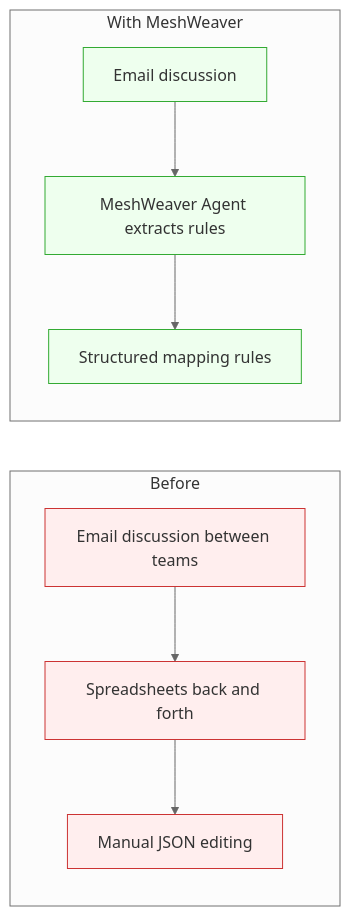
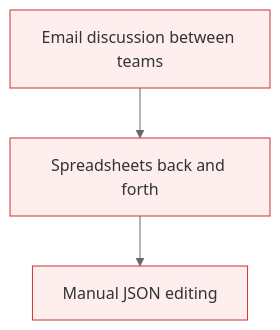
One commit to Systemorph/MeshWeaver changed the first of 4 diagrams in samples/Graph/Data/FutuRe/LobMapping.md. Above: the diagram before and after it, drawn with Mermaid (neutral theme). The commit also changed other lines of this file and 31 other files, not shown here.

````diff
--- a/samples/Graph/Data/FutuRe/LobMapping.md
+++ b/samples/Graph/Data/FutuRe/LobMapping.md
@@ -23,22 +26,11 @@
 ```mermaid
-graph LR
-    subgraph Before
-        EMAIL[Email discussion between teams]
-        SHEET[Spreadsheets back and forth]
-        MANUAL[Manual JSON editing]
-    end
-
-    subgraph With MeshWeaver
-        DISC[Email discussion]
-        AGENT[MeshWeaver Agent extracts rules]
-        RULES[Structured mapping rules]
-    end
+graph TD
+    EMAIL[Email discussion between teams]
+    SHEET[Spreadsheets back and forth]
+    MANUAL[Manual JSON editing]
 
     EMAIL --> SHEET --> MANUAL
-    DISC --> AGENT --> RULES
 
     classDef old fill:#fee,stroke:#c33,color:#333
-    classDef new fill:#efe,stroke:#3a3,color:#333
     class EMAIL,SHEET,MANUAL old
-    class DISC,AGENT,RULES new
 ```
````
